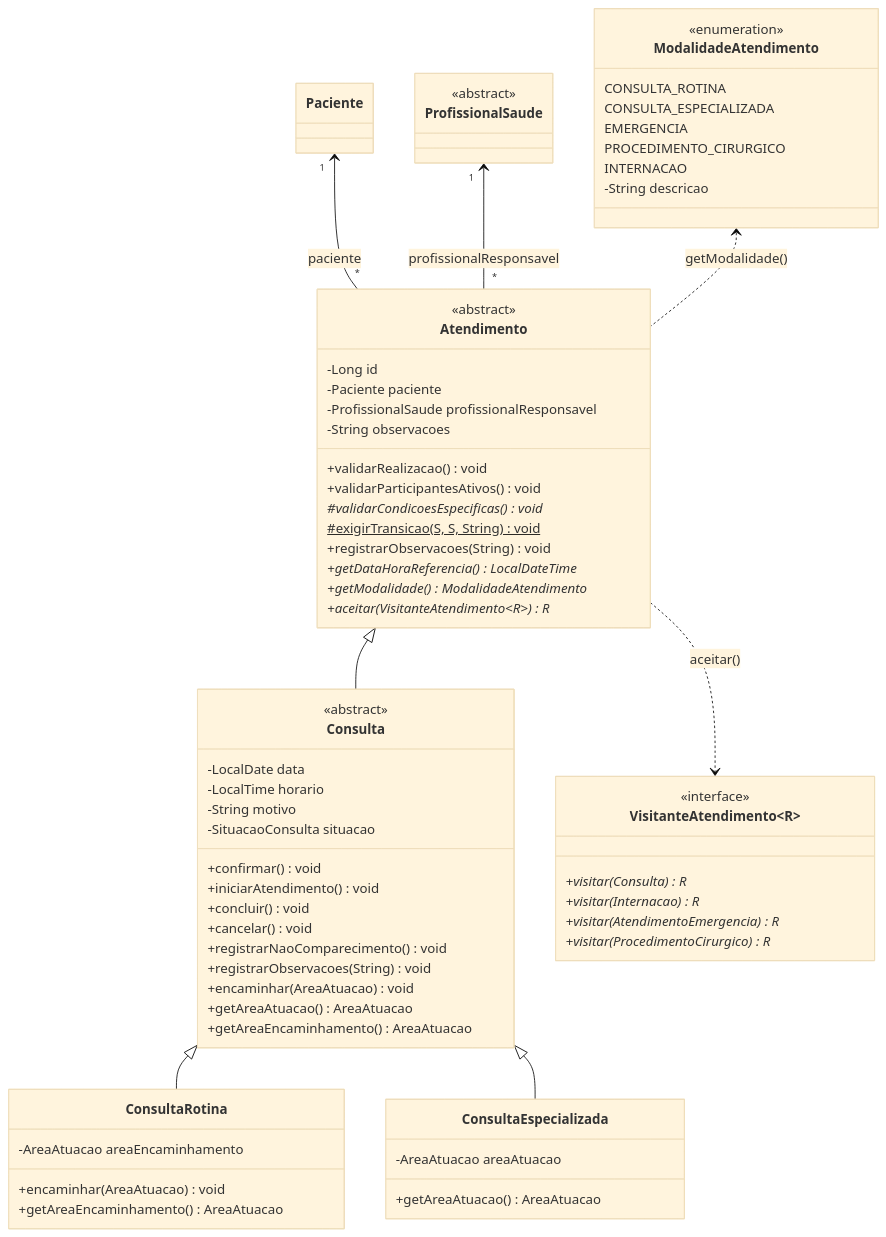
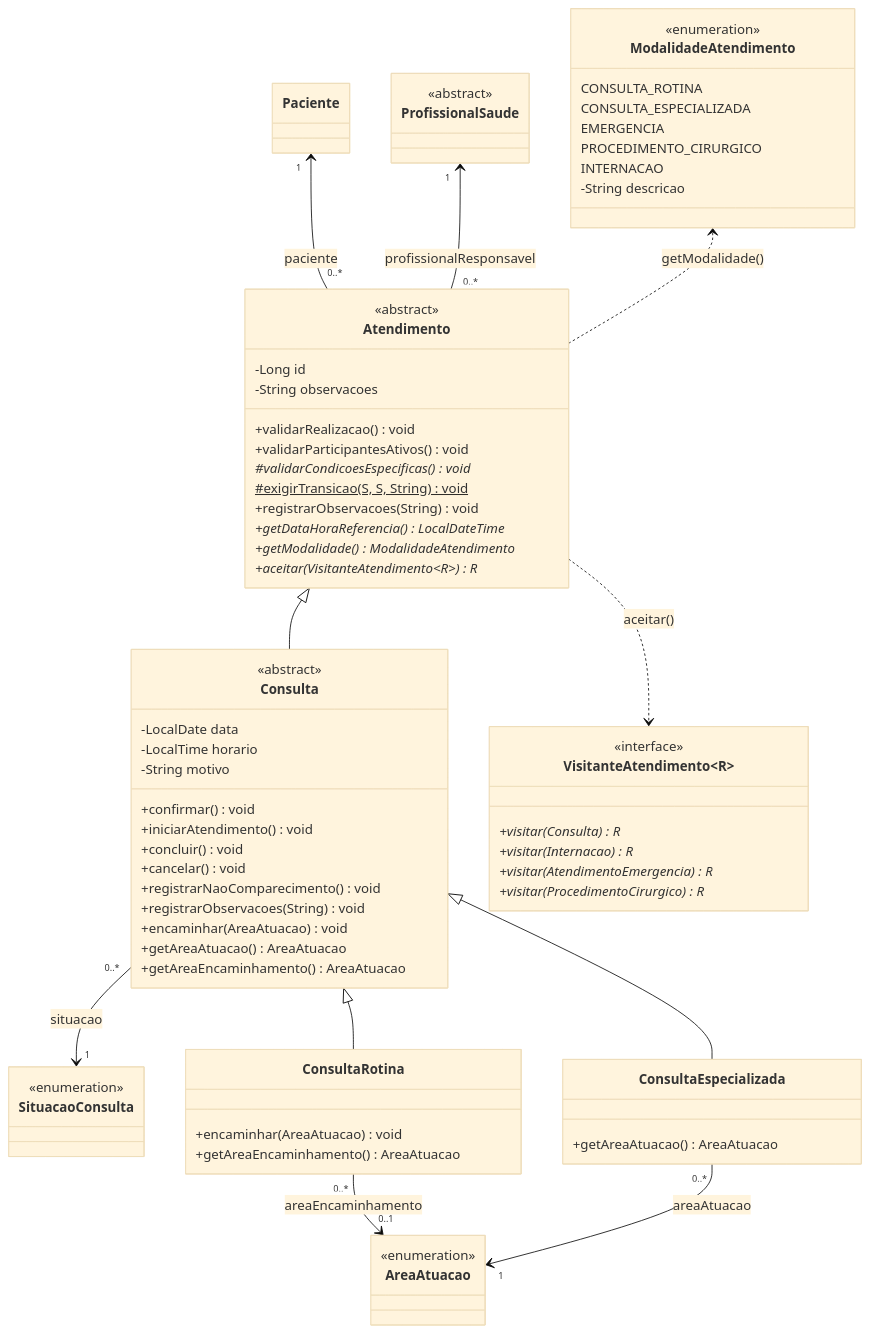
Before and after one commit to pedrolsrt/sistema-hospitalar: the fifth of 10 diagrams in docs/diagrama-de-classes.md, drawn with Mermaid (base theme). The commit also changed other lines of this file and 5 other files, not shown here.

Commit message:
docs: ajusta os diagramas conforme a avaliação e adiciona o diagrama completo da Sprint 2

````diff
--- a/docs/diagrama-de-classes.md
+++ b/docs/diagrama-de-classes.md
@@ -324,77 +337,77 @@
 ```mermaid
 classDiagram
     direction TB
 
     class Paciente
     class ProfissionalSaude { <<abstract>> }
+    class AreaAtuacao { <<enumeration>> }
+    class SituacaoConsulta { <<enumeration>> }
 
     class Atendimento {
         <<abstract>>
         -Long id
-        -Paciente paciente
-        -ProfissionalSaude profissionalResponsavel
         -String observacoes
         +validarRealizacao() void
         +validarParticipantesAtivos() void
         #validarCondicoesEspecificas()* void
         #exigirTransicao(S, S, String)$ void
         +registrarObservacoes(String) void
         +getDataHoraReferencia()* LocalDateTime
         +getModalidade()* ModalidadeAtendimento
         +aceitar(VisitanteAtendimento~R~)* R
     }
 
     class Consulta {
         <<abstract>>
         -LocalDate data
         -LocalTime horario
         -String motivo
-        -SituacaoConsulta situacao
         +confirmar() void
         +iniciarAtendimento() void
         +concluir() void
         +cancelar() void
         +registrarNaoComparecimento() void
         +registrarObservacoes(String) void
         +encaminhar(AreaAtuacao) void
         +getAreaAtuacao() AreaAtuacao
         +getAreaEncaminhamento() AreaAtuacao
     }
 
     class ConsultaRotina {
-        -AreaAtuacao areaEncaminhamento
         +encaminhar(AreaAtuacao) void
         +getAreaEncaminhamento() AreaAtuacao
     }
 
     class ConsultaEspecializada {
-        -AreaAtuacao areaAtuacao
         +getAreaAtuacao() AreaAtuacao
     }
 
     class ModalidadeAtendimento {
         <<enumeration>>
         CONSULTA_ROTINA
         CONSULTA_ESPECIALIZADA
         EMERGENCIA
         PROCEDIMENTO_CIRURGICO
         INTERNACAO
         -String descricao
     }
 
     class VisitanteAtendimento~R~ {
         <<interface>>
         +visitar(Consulta)* R
         +visitar(Internacao)* R
         +visitar(AtendimentoEmergencia)* R
         +visitar(ProcedimentoCirurgico)* R
     }
 
-    Paciente "1" <-- "*" Atendimento : paciente
-    ProfissionalSaude "1" <-- "*" Atendimento : profissionalResponsavel
+    Paciente "1" <-- "0..*" Atendimento : paciente
+    ProfissionalSaude "1" <-- "0..*" Atendimento : profissionalResponsavel
     ModalidadeAtendimento <.. Atendimento : getModalidade()
     Atendimento <|-- Consulta
     Consulta <|-- ConsultaRotina
     Consulta <|-- ConsultaEspecializada
+    ConsultaRotina "0..*" --> "0..1" AreaAtuacao : areaEncaminhamento
+    ConsultaEspecializada "0..*" --> "1" AreaAtuacao : areaAtuacao
+    Consulta "0..*" --> "1" SituacaoConsulta : situacao
     Atendimento ..> VisitanteAtendimento : aceitar()
 ```
````
